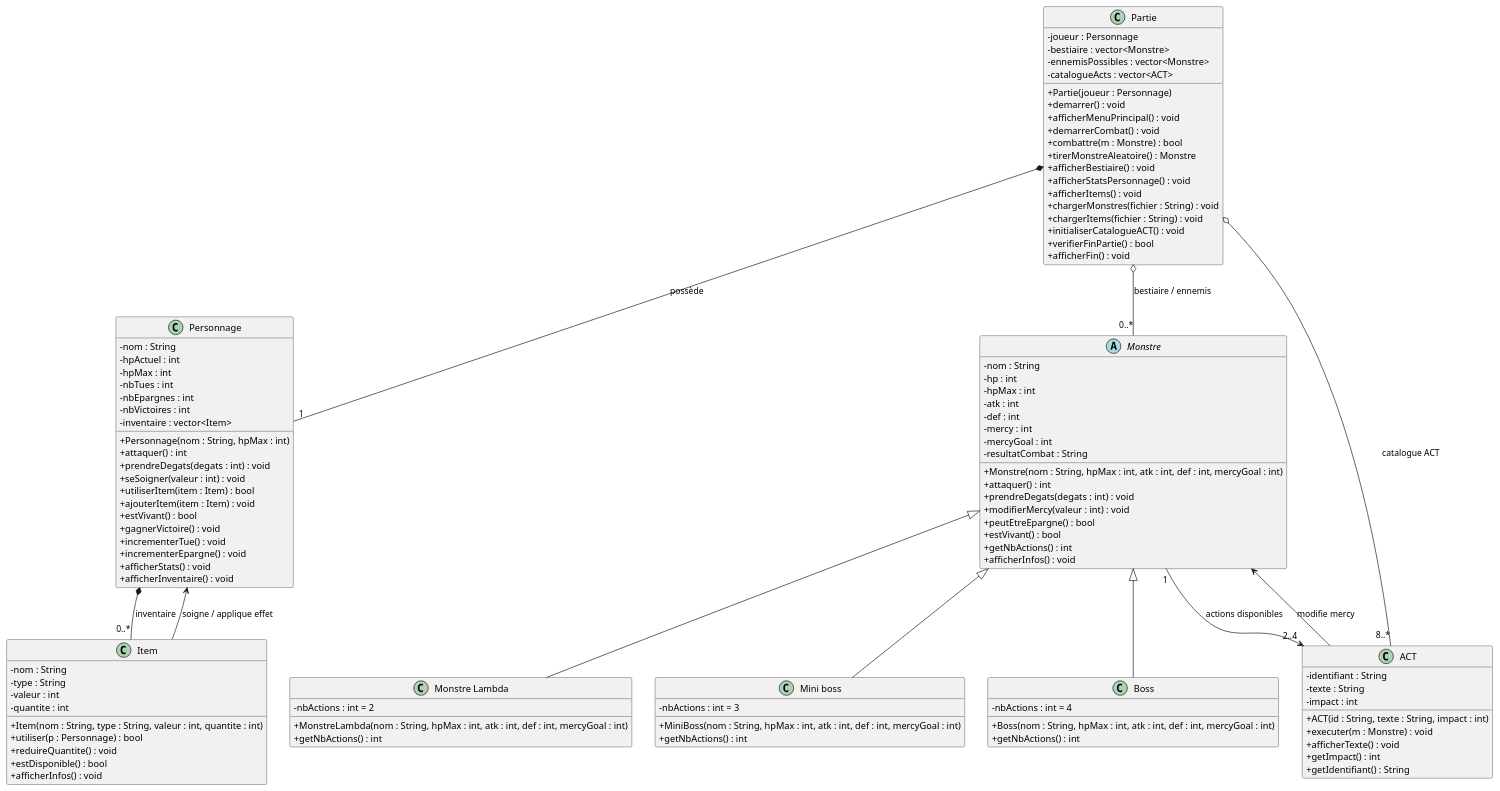
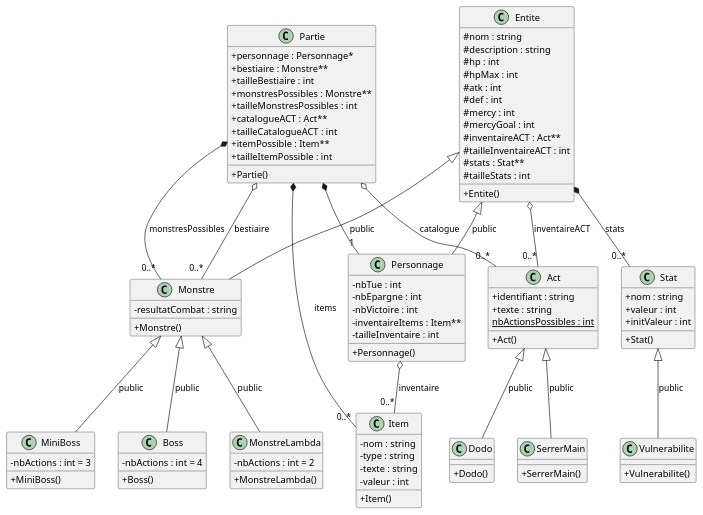
Before and after one commit to Matmouss/game_cpp: the diagram in Doc_Additionels/plantuml_export.puml, drawn with PlantUML. The commit also changed 1 other file, not shown here.

Commit message:
update uml

```diff
--- a/Doc_Additionels/plantuml_export.puml
+++ b/Doc_Additionels/plantuml_export.puml
@@ -1,128 +1,123 @@
 @startuml
 skinparam classAttributeIconSize 0
 
-class Partie {
-  -joueur : Personnage
-  -bestiaire : vector<Monstre>
-  -ennemisPossibles : vector<Monstre>
-  -catalogueActs : vector<ACT>
+class Entite {
+  #nom : string
+  #description : string
+  #hp : int
+  #hpMax : int
+  #atk : int
+  #def : int
+  #mercy : int
+  #mercyGoal : int
+  #inventaireACT : Act**
+  #tailleInventaireACT : int
+  #stats : Stat**
+  #tailleStats : int
 
-  +Partie(joueur : Personnage)
-  +demarrer() : void
-  +afficherMenuPrincipal() : void
-  +demarrerCombat() : void
-  +combattre(m : Monstre) : bool
-  +tirerMonstreAleatoire() : Monstre
-  +afficherBestiaire() : void
-  +afficherStatsPersonnage() : void
-  +afficherItems() : void
-  +chargerMonstres(fichier : String) : void
-  +chargerItems(fichier : String) : void
-  +initialiserCatalogueACT() : void
-  +verifierFinPartie() : bool
-  +afficherFin() : void
+  +Entite()
 }
 
 class Personnage {
-  -nom : String
-  -hpActuel : int
-  -hpMax : int
-  -nbTues : int
-  -nbEpargnes : int
-  -nbVictoires : int
-  -inventaire : vector<Item>
+  -nbTue : int
+  -nbEpargne : int
+  -nbVictoire : int
+  -inventaireItems : Item**
+  -tailleInventaire : int
 
-  +Personnage(nom : String, hpMax : int)
-  +attaquer() : int
-  +prendreDegats(degats : int) : void
-  +seSoigner(valeur : int) : void
-  +utiliserItem(item : Item) : bool
-  +ajouterItem(item : Item) : void
-  +estVivant() : bool
-  +gagnerVictoire() : void
-  +incrementerTue() : void
-  +incrementerEpargne() : void
-  +afficherStats() : void
-  +afficherInventaire() : void
+  +Personnage()
 }
 
-abstract class Monstre {
-  -nom : String
-  -hp : int
-  -hpMax : int
-  -atk : int
-  -def : int
-  -mercy : int
-  -mercyGoal : int
-  -resultatCombat : String
+class Monstre {
+  -resultatCombat : string
 
-  +Monstre(nom : String, hpMax : int, atk : int, def : int, mercyGoal : int)
-  +attaquer() : int
-  +prendreDegats(degats : int) : void
-  +modifierMercy(valeur : int) : void
-  +peutEtreEpargne() : bool
-  +estVivant() : bool
-  +getNbActions() : int
-  +afficherInfos() : void
+  +Monstre()
 }
 
-class "Monstre Lambda" as MonstreLambda {
+class MonstreLambda {
   -nbActions : int = 2
-
-  +MonstreLambda(nom : String, hpMax : int, atk : int, def : int, mercyGoal : int)
-  +getNbActions() : int
+  +MonstreLambda()
 }
 
-class "Mini boss" as MiniBoss {
+class MiniBoss {
   -nbActions : int = 3
-
-  +MiniBoss(nom : String, hpMax : int, atk : int, def : int, mercyGoal : int)
-  +getNbActions() : int
+  +MiniBoss()
 }
 
 class Boss {
   -nbActions : int = 4
-
-  +Boss(nom : String, hpMax : int, atk : int, def : int, mercyGoal : int)
-  +getNbActions() : int
+  +Boss()
 }
 
-class ACT {
-  -identifiant : String
-  -texte : String
-  -impact : int
+class Act {
+  +identifiant : string
+  +texte : string
+  {static} nbActionsPossibles : int
 
-  +ACT(id : String, texte : String, impact : int)
-  +executer(m : Monstre) : void
-  +afficherTexte() : void
-  +getImpact() : int
-  +getIdentifiant() : String
+  +Act()
+}
+
+class SerrerMain {
+  +SerrerMain()
+}
+
+class Dodo {
+  +Dodo()
 }
 
 class Item {
-  -nom : String
-  -type : String
+  -nom : string
+  -type : string
+  -texte : string
   -valeur : int
-  -quantite : int
 
-  +Item(nom : String, type : String, valeur : int, quantite : int)
-  +utiliser(p : Personnage) : bool
-  +reduireQuantite() : void
-  +estDisponible() : bool
-  +afficherInfos() : void
+  +Item()
 }
 
-Monstre <|-- MonstreLambda
-Monstre <|-- MiniBoss
-Monstre <|-- Boss
+class Stat {
+  +nom : string
+  +valeur : int
+  +initValeur : int
 
-Partie *-- "1" Personnage : possède
-Partie o-- "0..*" Monstre : bestiaire / ennemis
-Partie o-- "8..*" ACT : catalogue ACT
+  +Stat()
+}
 
-Personnage *-- "0..*" Item : inventaire
-Monstre "1" --> "2..4" ACT : actions disponibles
-ACT --> Monstre : modifie mercy
-Item --> Personnage : soigne / applique effet
+class Vulnerabilite {
+  +Vulnerabilite()
+}
+
+class Partie {
+  +personnage : Personnage*
+  +bestiaire : Monstre**
+  +tailleBestiaire : int
+  +monstresPossibles : Monstre**
+  +tailleMonstresPossibles : int
+  +catalogueACT : Act**
+  +tailleCatalogueACT : int
+  +itemPossible : Item**
+  +tailleItemPossible : int
+
+  +Partie()
+}
+
+Entite <|-- Personnage : public
+Entite <|-- Monstre : public
+Monstre <|-- MonstreLambda : public
+Monstre <|-- MiniBoss : public
+Monstre <|-- Boss : public
+
+Act <|-- SerrerMain : public
+Act <|-- Dodo : public
+Stat <|-- Vulnerabilite : public
+
+Entite o-- "0..*" Act : inventaireACT
+Entite *-- "0..*" Stat : stats
+Personnage o-- "0..*" Item : inventaire
+
+Partie *-- "1" Personnage
+Partie o-- "0..*" Monstre : bestiaire
+Partie *-- "0..*" Monstre : monstresPossibles
+Partie o-- "0..*" Act : catalogue
+Partie *-- "0..*" Item : items
 
 @enduml
```
